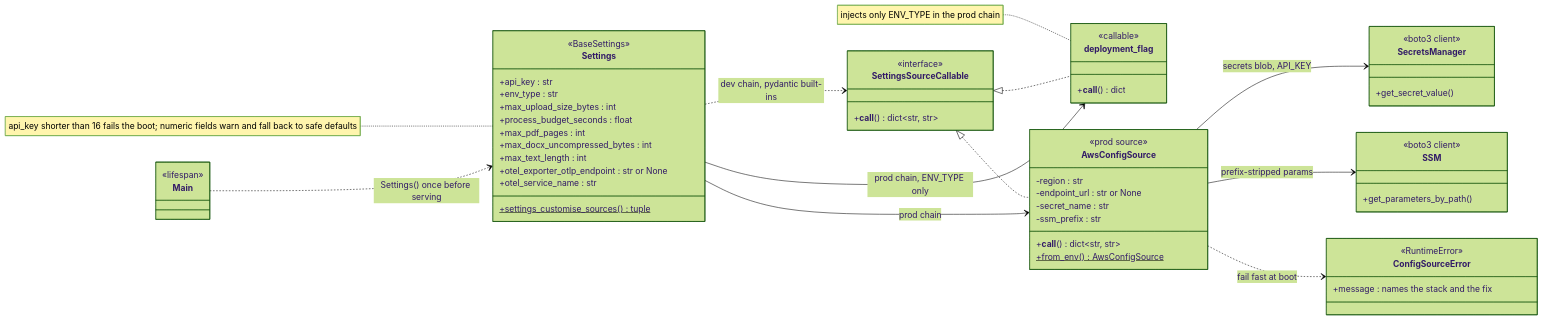
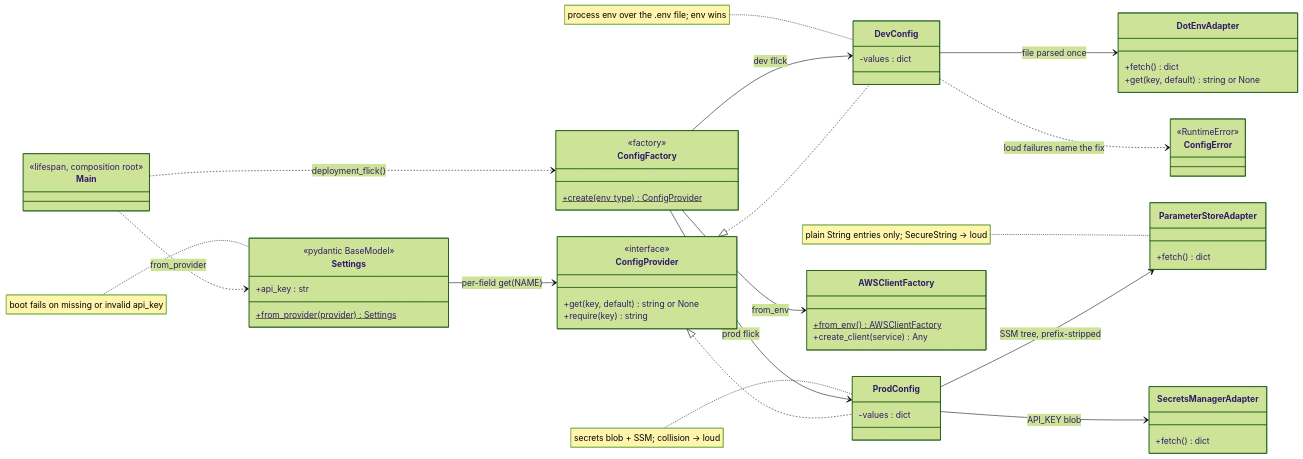
The first of 2 diagrams in services/document-parser/specification/references/config.md (kunalPisolkar24/detectAI), drawn with Mermaid (forest theme) before and after one commit. The commit also changed other lines of this file and 17 other files, not shown here.

Commit message:
Complete the config plane with provider merges and a typed settings contract

````diff
--- a/services/document-parser/specification/references/config.md
+++ b/services/document-parser/specification/references/config.md
@@ -29,70 +38,74 @@
 ```mermaid
 classDiagram
     direction LR
 
-    class SettingsSourceCallable {
+    class Main {
+        <<lifespan, composition root>>
+    }
+
+    class ConfigFactory {
+        <<factory>>
+        +create(env_type)$ ConfigProvider
+    }
+
+    class ConfigProvider {
         <<interface>>
-        +__call__() dict~str, str~
+        +get(key, default) string or None
+        +require(key) string
+    }
+
+    class DevConfig {
+        -values : dict
+    }
+
+    class ProdConfig {
+        -values : dict
+    }
+
+    class DotEnvAdapter {
+        +fetch() dict
+        +get(key, default) string or None
+    }
+
+    class ParameterStoreAdapter {
+        +fetch() dict
+    }
+
+    class SecretsManagerAdapter {
+        +fetch() dict
+    }
+
+    class AWSClientFactory {
+        +from_env()$ AWSClientFactory
+        +create_client(service) Any
     }
 
     class Settings {
-        <<BaseSettings>>
+        <<pydantic BaseModel>>
         +api_key : str
-        +env_type : str
-        +max_upload_size_bytes : int
-        +process_budget_seconds : float
-        +max_pdf_pages : int
-        +max_docx_uncompressed_bytes : int
-        +max_text_length : int
-        +otel_exporter_otlp_endpoint : str or None
-        +otel_service_name : str
-        +settings_customise_sources()$ tuple
-    }
-    note for Settings "api_key shorter than 16 fails the boot; numeric fields warn and fall back to safe defaults"
-
-    class deployment_flag {
-        <<callable>>
-        +__call__() dict
-    }
-    note for deployment_flag "injects only ENV_TYPE in the prod chain"
-
-    class AwsConfigSource {
-        <<prod source>>
-        -region : str
-        -endpoint_url : str or None
-        -secret_name : str
-        -ssm_prefix : str
-        +__call__() dict~str, str~
-        +from_env()$ AwsConfigSource
+        +from_provider(provider)$ Settings
     }
 
-    class ConfigSourceError {
+    class ConfigError {
         <<RuntimeError>>
-        +message : names the stack and the fix
     }
 
-    class SecretsManager {
-        <<boto3 client>>
-        +get_secret_value()
-    }
+    note for DevConfig "process env over the .env file; env wins"
+    note for ProdConfig "secrets blob + SSM; collision -> loud"
+    note for ParameterStoreAdapter "plain String entries only; SecureString -> loud"
+    note for Settings "boot fails on missing or invalid api_key"
 
-    class SSM {
-        <<boto3 client>>
-        +get_parameters_by_path()
-    }
+    Main ..> ConfigFactory : deployment_flick()
+    ConfigFactory --> DevConfig : dev flick
+    ConfigFactory --> ProdConfig : prod flick
+    ConfigFactory --> AWSClientFactory : from_env
 
-    class Main {
-        <<lifespan>>
-    }
-
-    SettingsSourceCallable <|.. AwsConfigSource
-    SettingsSourceCallable <|.. deployment_flag
-    Settings ..> SettingsSourceCallable : dev chain, pydantic built-ins
-    Settings --> AwsConfigSource : prod chain
-    Settings --> deployment_flag : prod chain, ENV_TYPE only
-    Main ..> Settings : Settings() once before serving
-
-    AwsConfigSource --> SecretsManager : secrets blob, API_KEY
-    AwsConfigSource --> SSM : prefix-stripped params
-    AwsConfigSource ..> ConfigSourceError : fail fast at boot
+    ConfigProvider <|.. DevConfig
+    ConfigProvider <|.. ProdConfig
+    DevConfig --> DotEnvAdapter : file parsed once
+    ProdConfig --> ParameterStoreAdapter : SSM tree, prefix-stripped
+    ProdConfig --> SecretsManagerAdapter : API_KEY blob
+    Main ..> Settings : from_provider
+    Settings --> ConfigProvider : per-field get(NAME)
+    DevConfig ..> ConfigError : loud failures name the fix
 ```
````
